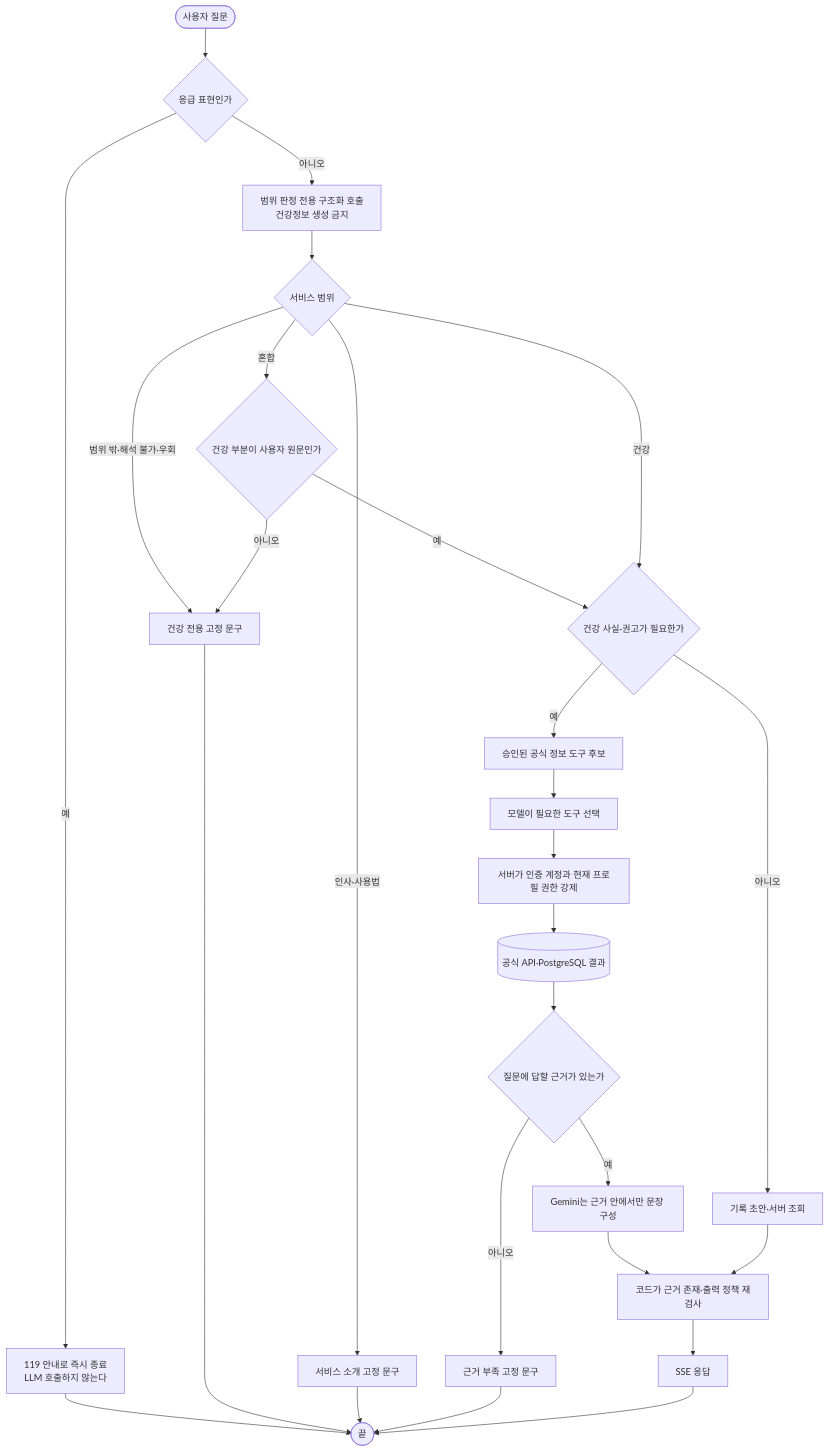
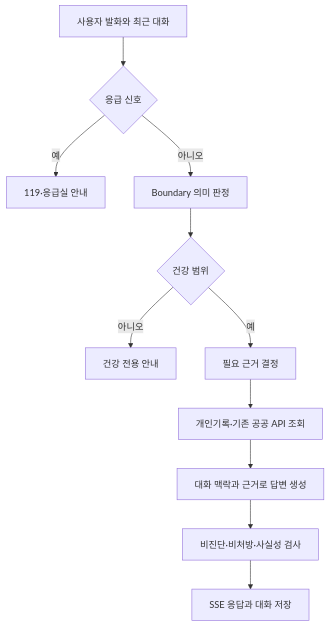
Before and after one commit to AI-HealthCare-05/AH_05_03: the second of 2 diagrams in docs/43_chatbot_question_design.md, drawn with Mermaid. The commit also changed other lines of this file and 27 other files, not shown here.

````diff
--- a/docs/43_chatbot_question_design.md
+++ b/docs/43_chatbot_question_design.md
@@ -144,31 +120,13 @@
 ```mermaid
 flowchart TD
-    U([사용자 질문]) --> SAFE{응급 표현인가}
-    SAFE -- 예 --> ER[119 안내로 즉시 종료<br/>LLM 호출하지 않는다]
-    SAFE -- 아니오 --> SCOPE[범위 판정 전용 구조화 호출<br/>건강정보 생성 금지]
-    SCOPE --> ROUTE{서비스 범위}
-    ROUTE -- 범위 밖·해석 불가·우회 --> LIMIT[건강 전용 고정 문구]
-    ROUTE -- 인사·사용법 --> HELP[서비스 소개 고정 문구]
-    ROUTE -- 혼합 --> CUT{건강 부분이 사용자 원문인가}
-    CUT -- 아니오 --> LIMIT
-    CUT -- 예 --> NEED{건강 사실·권고가 필요한가}
-    ROUTE -- 건강 --> NEED
-
-    NEED -- 아니오 --> OP[기록 초안·서버 조회]
-    NEED -- 예 --> TOOL[승인된 공식 정보 도구 후보]
-    TOOL --> CALL[모델이 필요한 도구 선택]
-    CALL --> AUTH[서버가 인증 계정과 현재 프로필 권한 강제]
-    AUTH --> FACT[(공식 API·PostgreSQL 결과)]
-    FACT --> FOUND{질문에 답할 근거가 있는가}
-    FOUND -- 아니오 --> NOE[근거 부족 고정 문구]
-    FOUND -- 예 --> WRITE[Gemini는 근거 안에서만 문장 구성]
-    WRITE --> CHECK[코드가 근거 존재·출력 정책 재검사]
-    OP --> CHECK
-    CHECK --> STREAM[SSE 응답]
-
-    ER --> END([끝])
-    LIMIT --> END
-    HELP --> END
-    NOE --> END
-    STREAM --> END
+    U[사용자 발화와 최근 대화] --> SAFE{응급 신호}
+    SAFE -- 예 --> ER[119·응급실 안내]
+    SAFE -- 아니오 --> B[Boundary 의미 판정]
+    B --> OUT{건강 범위}
+    OUT -- 아니오 --> LIMIT[건강 전용 안내]
+    OUT -- 예 --> E[필요 근거 결정]
+    E --> P[개인기록·기존 공공 API 조회]
+    P --> G[대화 맥락과 근거로 답변 생성]
+    G --> C[비진단·비처방·사실성 검사]
+    C --> S[SSE 응답과 대화 저장]
 ```
````
